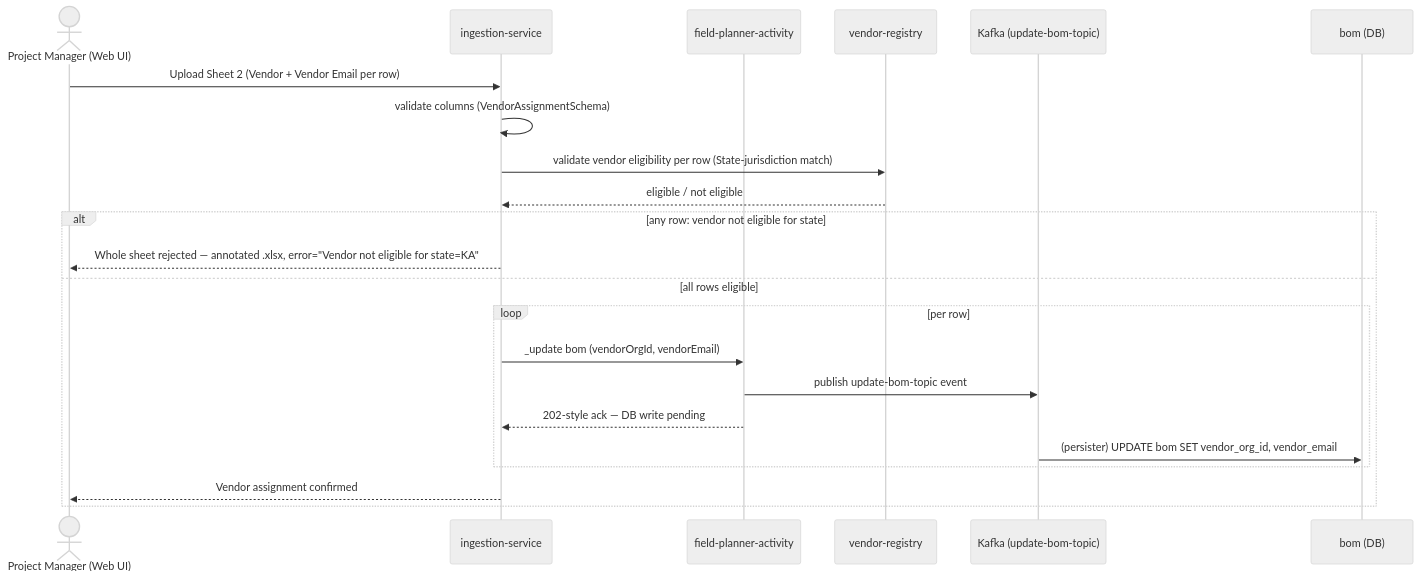
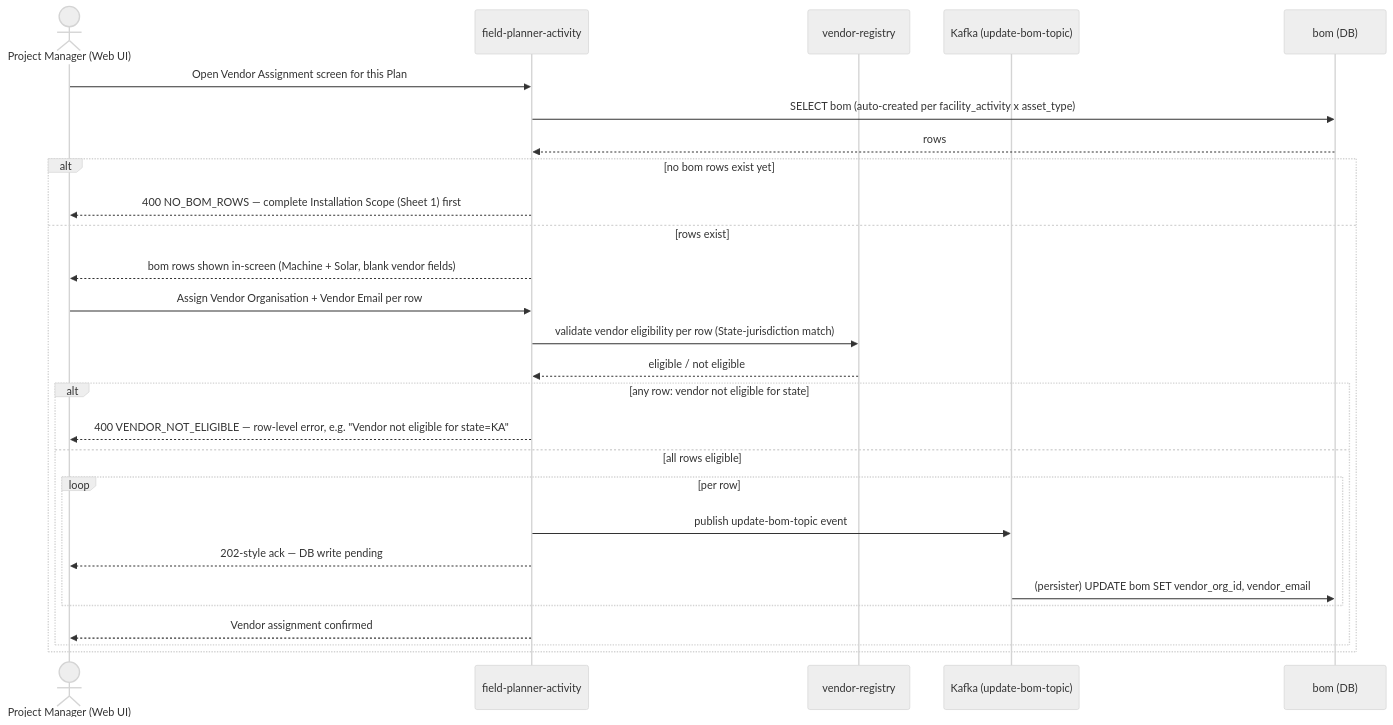
Before and after one commit to Selco-Foundation/Selco-Livelihood: the seventh of 33 diagrams in Z_docs/Livelihood_installation/Livelihood_Installation_Flow_Diagrams.md, drawn with Mermaid (neutral theme). The commit also changed other lines of this file and 3 other files, not shown here.

````diff
--- a/Z_docs/Livelihood_installation/Livelihood_Installation_Flow_Diagrams.md
+++ b/Z_docs/Livelihood_installation/Livelihood_Installation_Flow_Diagrams.md
@@ -478,25 +432,30 @@
 ```mermaid
 sequenceDiagram
     actor PM as Project Manager (Web UI)
-    participant ING as ingestion-service
     participant FPA as field-planner-activity
     participant VR as vendor-registry
     participant KAFKA as Kafka (update-bom-topic)
     participant DB as bom (DB)
 
-    PM->>ING: Upload Sheet 2 (Vendor + Vendor Email per row)
-    ING->>ING: validate columns (VendorAssignmentSchema)
-    ING->>VR: validate vendor eligibility per row (State-jurisdiction match)
-    VR-->>ING: eligible / not eligible
-    alt any row: vendor not eligible for state
-        ING-->>PM: Whole sheet rejected — annotated .xlsx, error="Vendor not eligible for state=KA"
-    else all rows eligible
-        loop per row
-            ING->>FPA: _update bom (vendorOrgId, vendorEmail)
-            FPA->>KAFKA: publish update-bom-topic event
-            FPA-->>ING: 202-style ack — DB write pending
-            KAFKA->>DB: (persister) UPDATE bom SET vendor_org_id, vendor_email
+    PM->>FPA: Open Vendor Assignment screen for this Plan
+    FPA->>DB: SELECT bom (auto-created per facility_activity x asset_type)
+    DB-->>FPA: rows
+    alt no bom rows exist yet
+        FPA-->>PM: 400 NO_BOM_ROWS — complete Installation Scope (Sheet 1) first
+    else rows exist
+        FPA-->>PM: bom rows shown in-screen (Machine + Solar, blank vendor fields)
+        PM->>FPA: Assign Vendor Organisation + Vendor Email per row
+        FPA->>VR: validate vendor eligibility per row (State-jurisdiction match)
+        VR-->>FPA: eligible / not eligible
+        alt any row: vendor not eligible for state
+            FPA-->>PM: 400 VENDOR_NOT_ELIGIBLE — row-level error, e.g. "Vendor not eligible for state=KA"
+        else all rows eligible
+            loop per row
+                FPA->>KAFKA: publish update-bom-topic event
+                FPA-->>PM: 202-style ack — DB write pending
+                KAFKA->>DB: (persister) UPDATE bom SET vendor_org_id, vendor_email
+            end
+            FPA-->>PM: Vendor assignment confirmed
         end
-        ING-->>PM: Vendor assignment confirmed
     end
 ```
````
